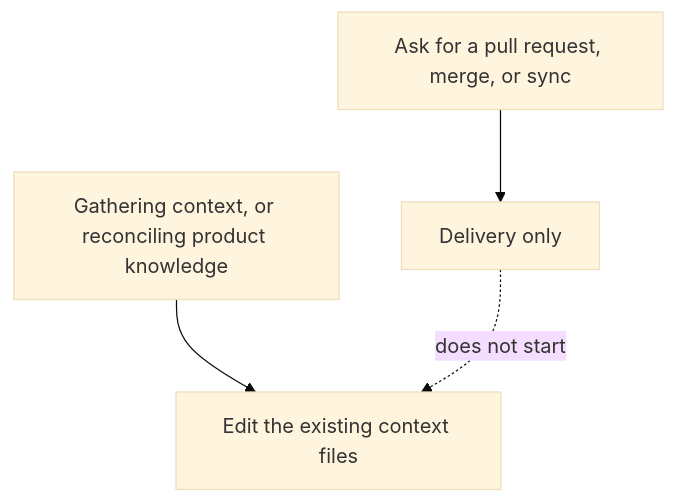
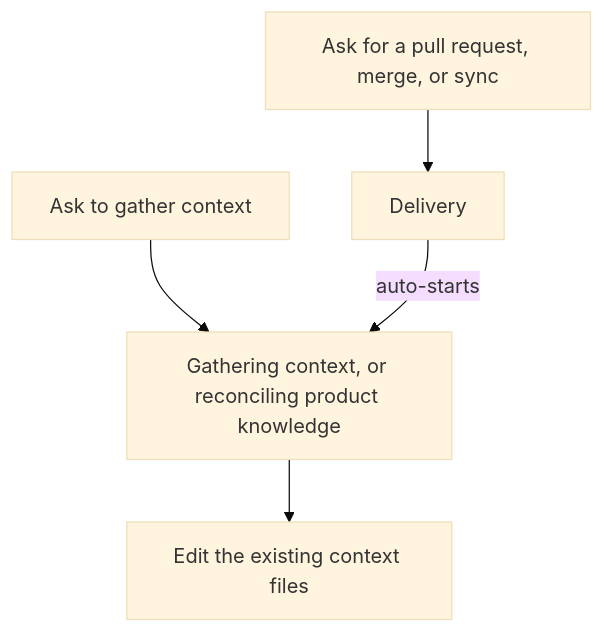
The diagram in intent/i014-direct-context-updates/INTENT.md (kaotypr/context-circuit-source), drawn with Mermaid (base theme) before and after one commit. The commit also changed other lines of this file and 1 other file, not shown here.

Commit message:
docs(intent): revise i014 so delivery starts in-place knowledge updates

````diff
--- a/intent/i014-direct-context-updates/INTENT.md
+++ b/intent/i014-direct-context-updates/INTENT.md
@@ -11,6 +11,7 @@
 ```mermaid
 flowchart TD
-  G["Gathering context, or reconciling product knowledge"] --> W["Edit the existing context files"]
-  D["Ask for a pull request, merge, or sync"] --> P["Delivery only"]
-  P -.->|does not start| W
+  G["Ask to gather context"] --> A["Gathering context, or reconciling product knowledge"]
+  D["Ask for a pull request, merge, or sync"] --> P["Delivery"]
+  P -->|"auto-starts"| A
+  A --> W["Edit the existing context files"]
 ```
````
